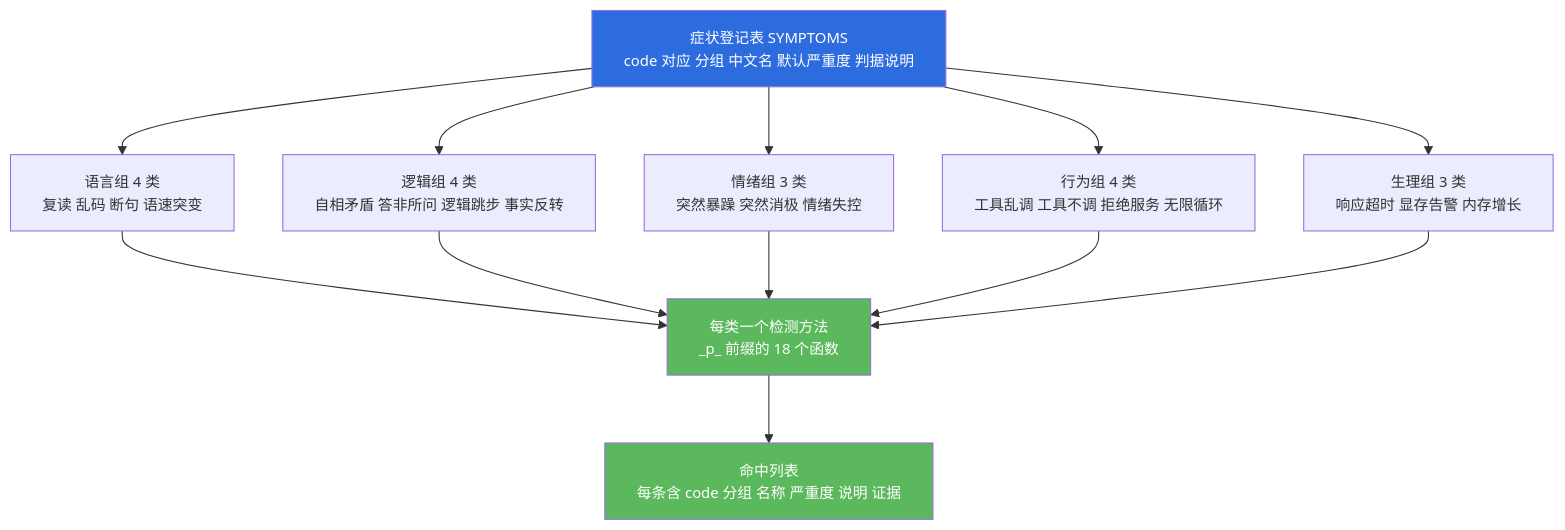
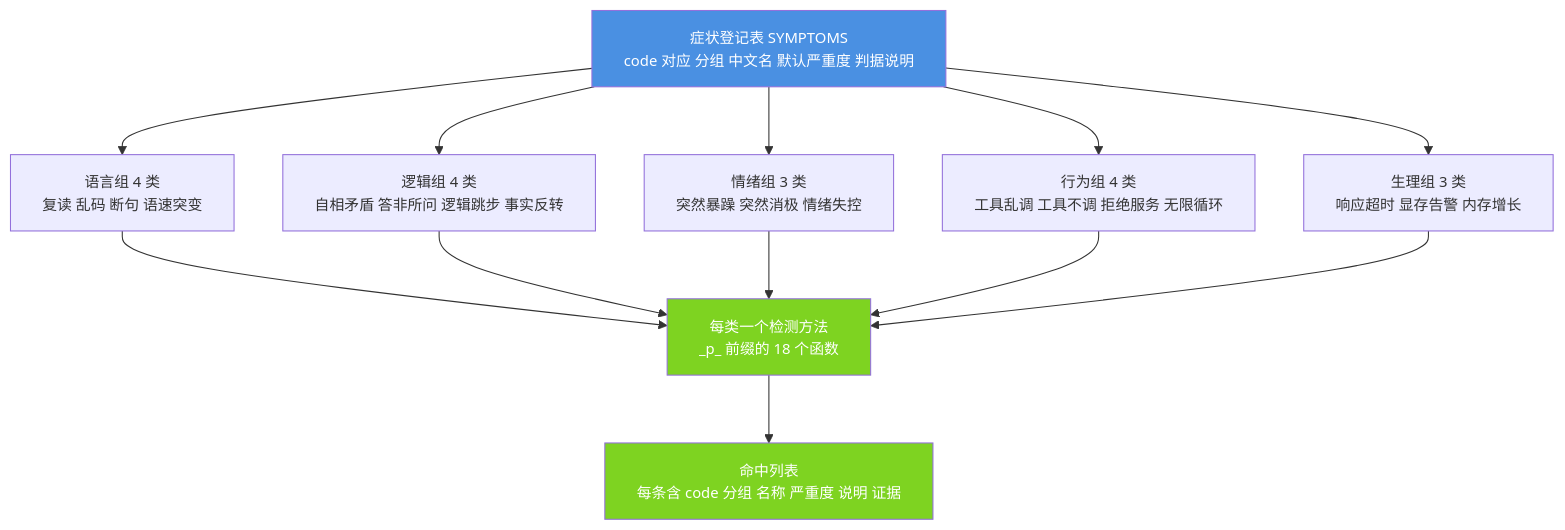
One commit to jiangchuangege/xiaojiao-harnees changed the second of 7 diagrams in docs/modules/04-health.md. Above: the diagram before and after it, drawn with Mermaid. The commit also changed other lines of this file and 32 other files, not shown here.

Commit message:
统一：全仓原理图配色到一套调色板 + 给 12 张灰图补色 + 修正自己会睡那张过期图

````diff
--- a/docs/modules/04-health.md
+++ b/docs/modules/04-health.md
@@ -156,20 +156,20 @@
 ```mermaid
 %%{init: {"themeVariables": {"fontSize": "14px"}, "flowchart": {"htmlLabels": true, "wrappingWidth": 340, "nodeSpacing": 46, "rankSpacing": 64, "useMaxWidth": true}}}%%
 flowchart TB
     ROOT["症状登记表 SYMPTOMS<br/>code 对应 分组 中文名 默认严重度 判据说明"]
     ROOT --> G1["语言组 4 类<br/>复读 乱码 断句 语速突变"]
     ROOT --> G2["逻辑组 4 类<br/>自相矛盾 答非所问 逻辑跳步 事实反转"]
     ROOT --> G3["情绪组 3 类<br/>突然暴躁 突然消极 情绪失控"]
     ROOT --> G4["行为组 4 类<br/>工具乱调 工具不调 拒绝服务 无限循环"]
     ROOT --> G5["生理组 3 类<br/>响应超时 显存告警 内存增长"]
     G1 --> MK["每类一个检测方法<br/>_p_ 前缀的 18 个函数"]
     G2 --> MK
     G3 --> MK
     G4 --> MK
     G5 --> MK
     MK --> OUT["命中列表<br/>每条含 code 分组 名称 严重度 说明 证据"]
 
-    style ROOT fill:#2d6cdf,color:#fff
-    style MK fill:#5cb85c,color:#fff
-    style OUT fill:#5cb85c,color:#fff
+    style ROOT fill:#4A90E2,color:#fff
+    style MK fill:#7ED321,color:#fff
+    style OUT fill:#7ED321,color:#fff
 ```
````
